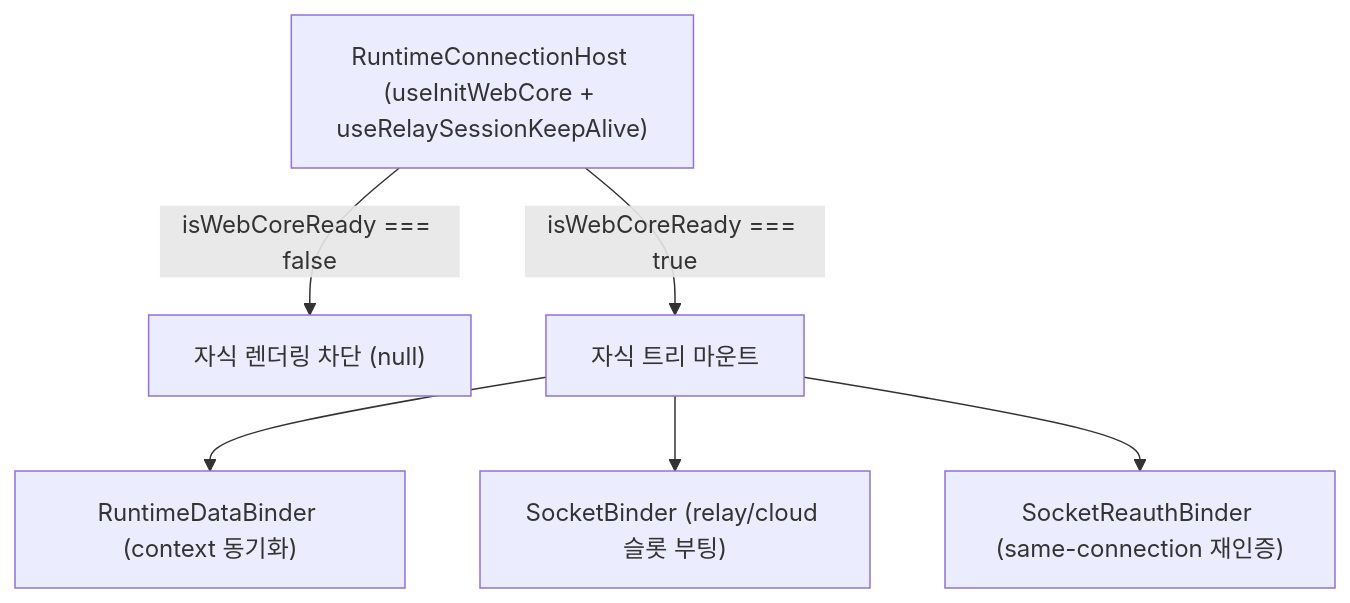
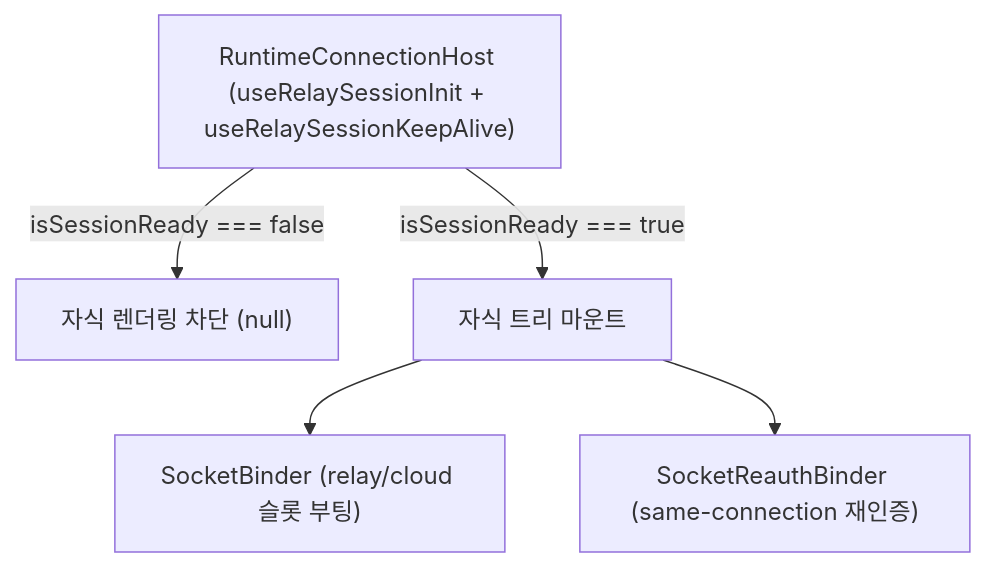
The diagram in libs/app-runtime/docs/runtime/session-lifecycle.md (lemoncloud-io/dou-app), drawn with Mermaid before and after one commit. The commit also changed other lines of this file and 972 other files, not shown here.

````diff
--- a/libs/app-runtime/docs/runtime/session-lifecycle.md
+++ b/libs/app-runtime/docs/runtime/session-lifecycle.md
@@ -44,10 +73,9 @@
 ```mermaid
 flowchart TD
-  Host["RuntimeConnectionHost (useInitWebCore + useRelaySessionKeepAlive)"]
-  Host -- isWebCoreReady === false --> Pending["자식 렌더링 차단 (null)"]
-  Host -- isWebCoreReady === true --> Mount["자식 트리 마운트"]
+  Host["RuntimeConnectionHost (useRelaySessionInit + useRelaySessionKeepAlive)"]
+  Host -- isSessionReady === false --> Pending["자식 렌더링 차단 (null)"]
+  Host -- isSessionReady === true --> Mount["자식 트리 마운트"]
 
-  Mount --> DataBinder["RuntimeDataBinder (context 동기화)"]
   Mount --> SocketBinder["SocketBinder (relay/cloud 슬롯 부팅)"]
   Mount --> Reauth["SocketReauthBinder (same-connection 재인증)"]
 ```
````
